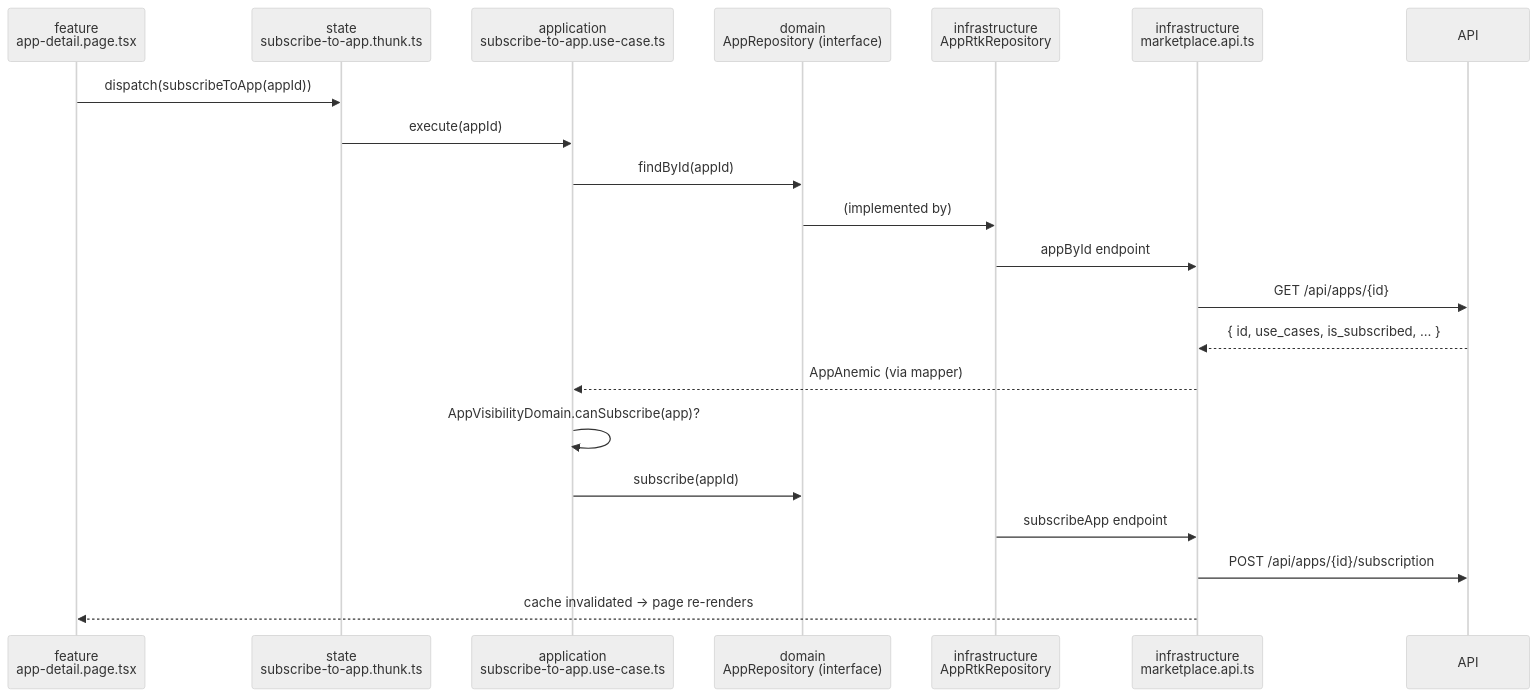
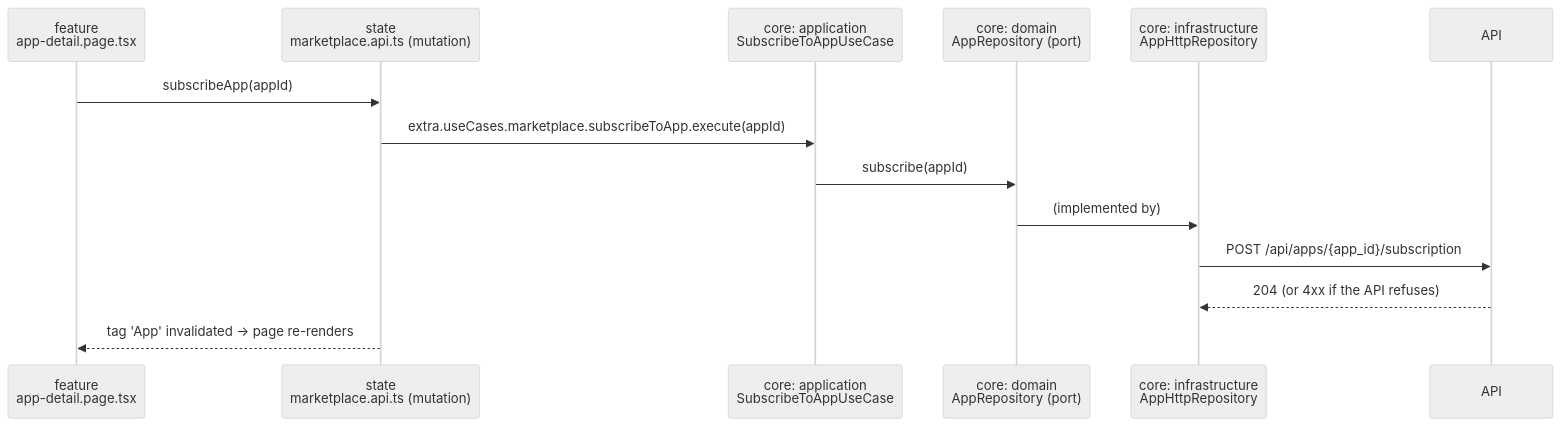
One commit to tx-arena-events/portal-frontend-spec changed the second of 2 diagrams in architecture/03-layers-and-libs.md. Above: the diagram before and after it, drawn with Mermaid (neutral theme). The commit also changed other lines of this file and 13 other files, not shown here.

Commit message:
docs(architecture): add frontend architecture guide

````diff
--- a/architecture/03-layers-and-libs.md
+++ b/architecture/03-layers-and-libs.md
@@ -69,24 +80,17 @@
 ```mermaid
 sequenceDiagram
     participant P as feature<br/>app-detail.page.tsx
-    participant T as state<br/>subscribe-to-app.thunk.ts
-    participant U as application<br/>subscribe-to-app.use-case.ts
-    participant R as domain<br/>AppRepository (interface)
-    participant A as infrastructure<br/>AppRtkRepository
-    participant E as infrastructure<br/>marketplace.api.ts
+    participant S as state<br/>marketplace.api.ts (mutation)
+    participant U as core: application<br/>SubscribeToAppUseCase
+    participant R as core: domain<br/>AppRepository (port)
+    participant A as core: infrastructure<br/>AppHttpRepository
     participant API as API
 
-    P->>T: dispatch(subscribeToApp(appId))
-    T->>U: execute(appId)
-    U->>R: findById(appId)
+    P->>S: subscribeApp(appId)
+    S->>U: extra.useCases.marketplace.subscribeToApp.execute(appId)
+    U->>R: subscribe(appId)
     R->>A: (implemented by)
-    A->>E: appById endpoint
-    E->>API: GET /api/apps/{id}
-    API-->>E: { id, use_cases, is_subscribed, … }
-    E-->>U: AppAnemic (via mapper)
-    U->>U: AppVisibilityDomain.canSubscribe(app)?
-    U->>R: subscribe(appId)
-    A->>E: subscribeApp endpoint
-    E->>API: POST /api/apps/{id}/subscription
-    E-->>P: cache invalidated → page re-renders
+    A->>API: POST /api/apps/{app_id}/subscription
+    API-->>A: 204 (or 4xx if the API refuses)
+    S-->>P: tag 'App' invalidated → page re-renders
 ```
````
